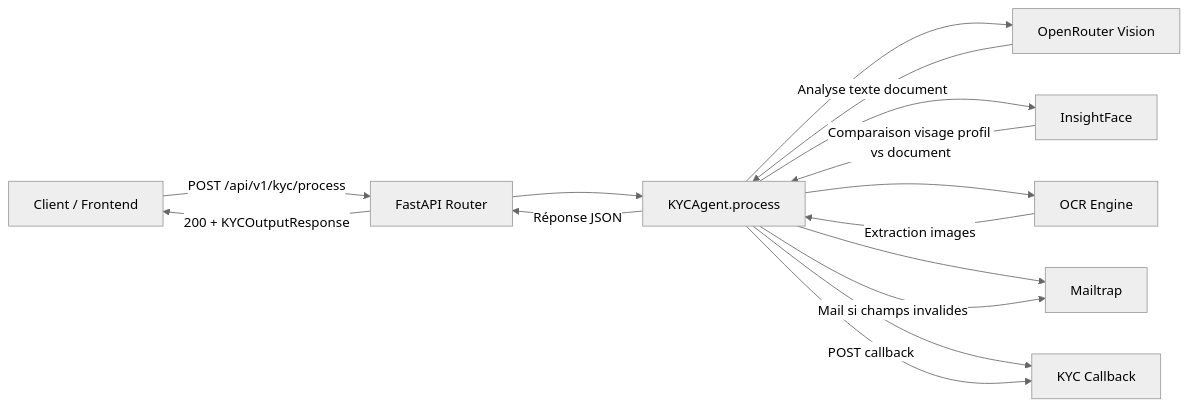
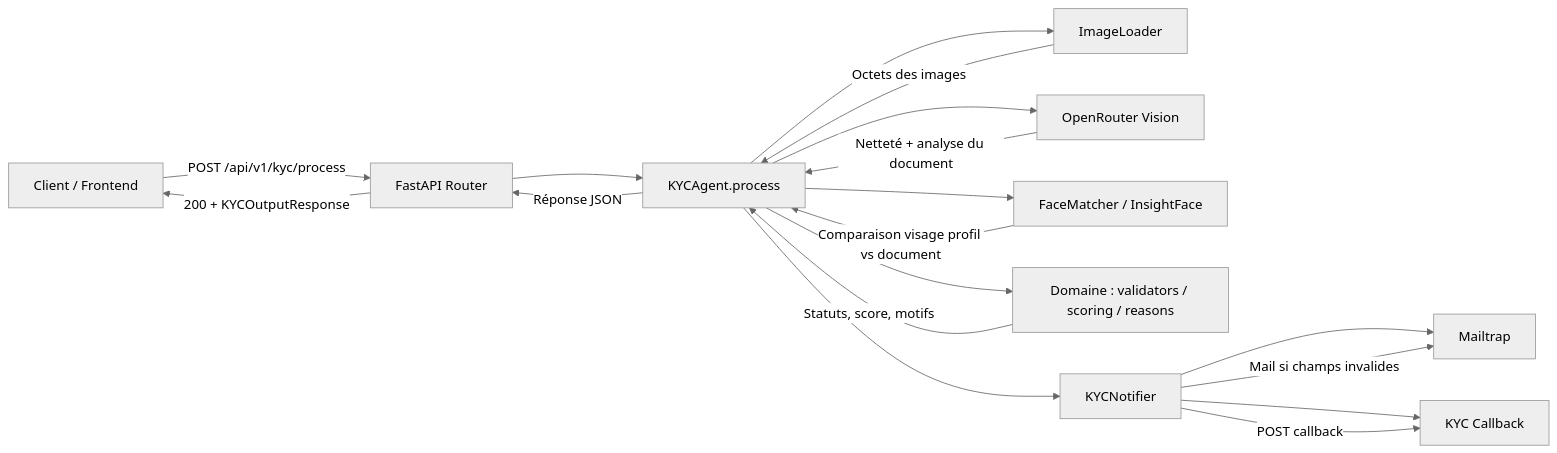
Before and after one commit to otbludo/kpi_validation: the diagram in README.md, drawn with Mermaid (neutral theme). The commit also changed other lines of this file and 47 other files, not shown here.

````diff
--- a/README.md
+++ b/README.md
@@ -5,19 +5,22 @@
 ```mermaid
 flowchart LR
     A[Client / Frontend] -->|POST /api/v1/kyc/process| B[FastAPI Router]
     B --> C[KYCAgent.process]
+    C --> F[ImageLoader]
     C --> D[OpenRouter Vision]
-    C --> E[InsightFace]
-    C --> F[OCR Engine]
-    C --> G[Mailtrap]
-    C --> H[KYC Callback]
+    C --> E[FaceMatcher / InsightFace]
+    C --> V[Domaine : validators / scoring / reasons]
+    C --> N[KYCNotifier]
+    N --> G[Mailtrap]
+    N --> H[KYC Callback]
 
-    D -->|Analyse texte document| C
+    F -->|Octets des images| C
+    D -->|Netteté + analyse du document| C
     E -->|Comparaison visage profil vs document| C
-    F -->|Extraction images| C
+    V -->|Statuts, score, motifs| C
 
-    C -->|Mail si champs invalides| G
-    C -->|POST callback| H
+    N -->|Mail si champs invalides| G
+    N -->|POST callback| H
     C -->|Réponse JSON| B
     B -->|200 + KYCOutputResponse| A
 ```
````
